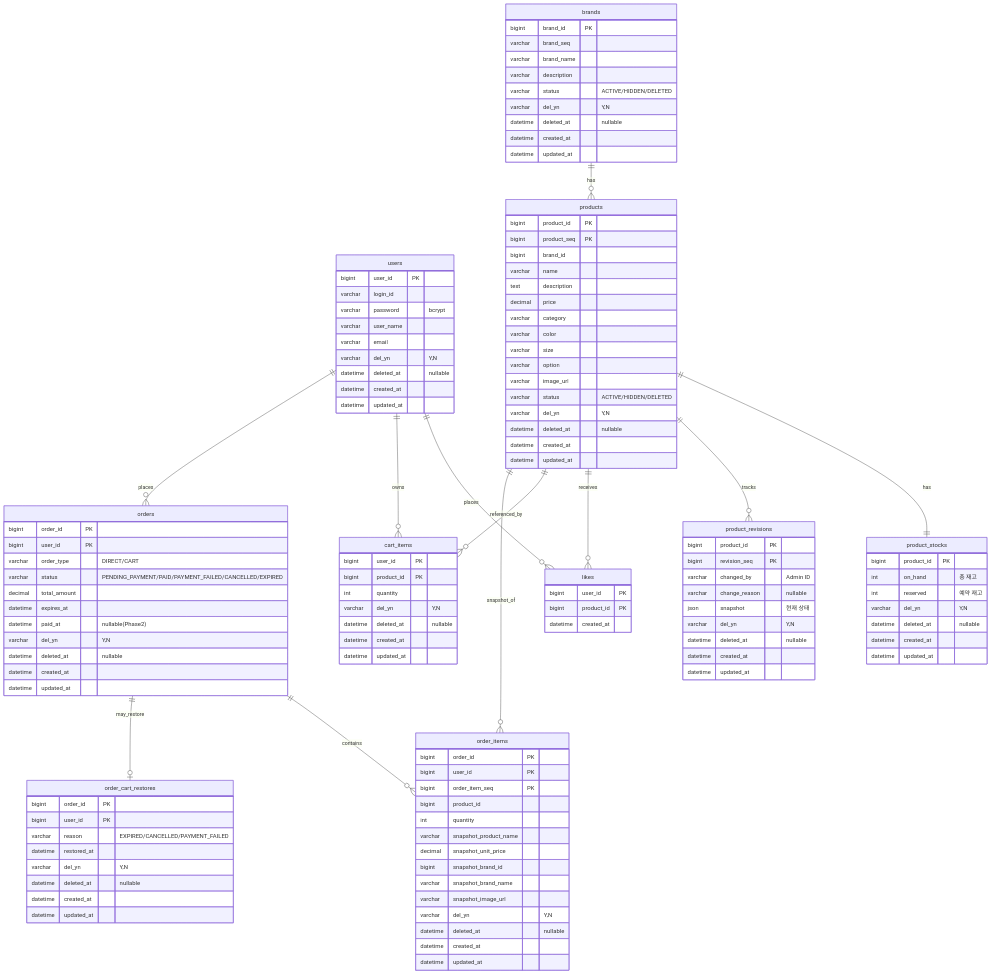
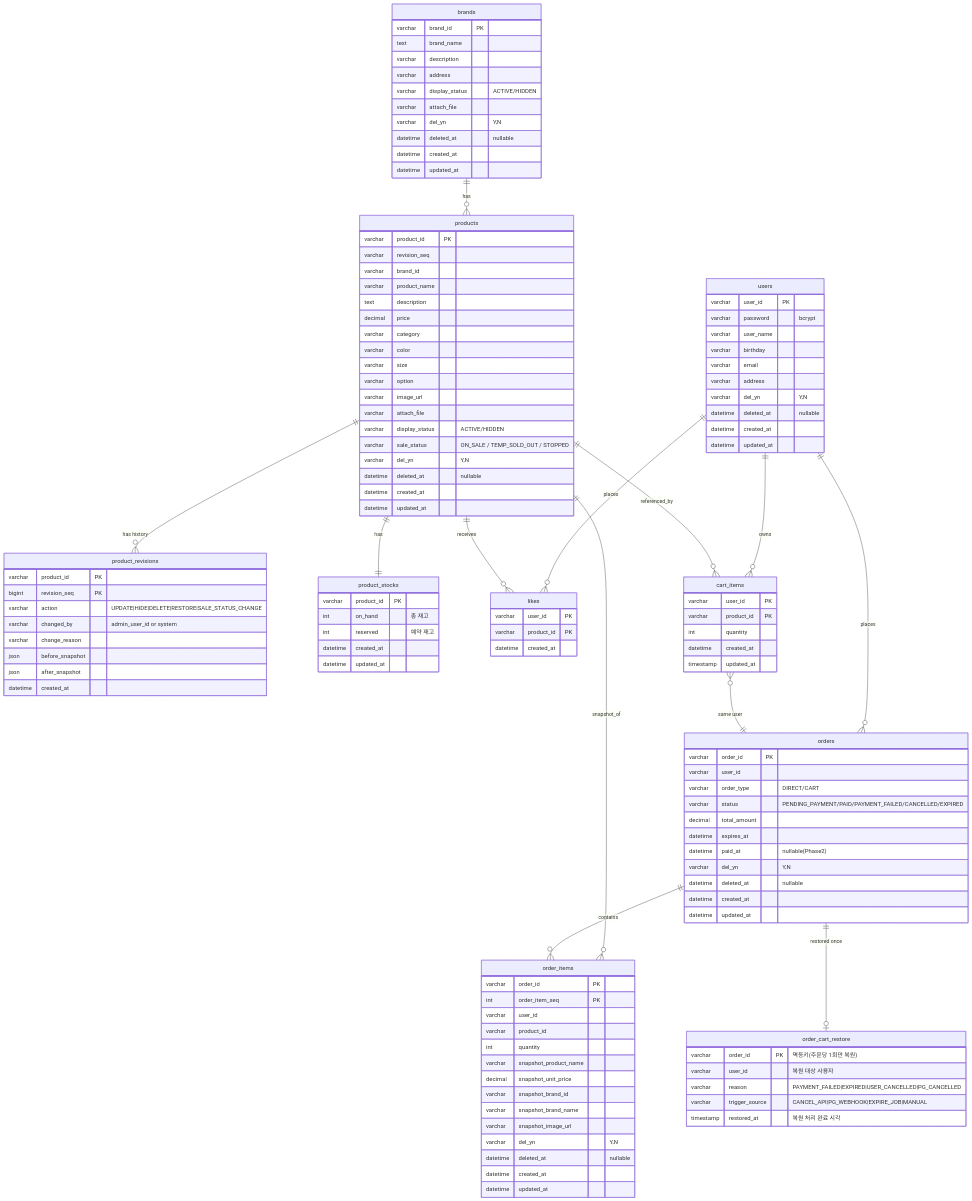
Before and after one commit to Loopers-dev-lab/loop-pack-be-l2-vol3-java: the diagram in docs/design/04-erd.md, drawn with Mermaid. The commit also changed 3 other files, not shown here.

````diff
--- a/docs/design/04-erd.md
+++ b/docs/design/04-erd.md
@@ -6,12 +6,13 @@
 ```mermaid
 
 erDiagram
-    users {
-        bigint user_id PK
-        varchar login_id
+    users { 
+        varchar user_id PK
         varchar password "bcrypt"
         varchar user_name
+        varchar birthday
         varchar email
+        varchar address
         varchar del_yn "Y,N"
         datetime deleted_at "nullable"
         datetime created_at
@@ -19,11 +20,12 @@
     }
 
     brands {
-        bigint brand_id PK
-        varchar brand_seq
-        varchar brand_name
+        varchar brand_id PK
+        text brand_name
         varchar description
-        varchar status "ACTIVE/HIDDEN/DELETED"
+        varchar address
+        varchar display_status "ACTIVE/HIDDEN"
+        varchar attach_file
         varchar del_yn "Y,N"
         datetime deleted_at "nullable"
         datetime created_at
@@ -31,10 +33,10 @@
     }
 
     products {
-        bigint product_id PK
-        bigint product_seq PK
-        bigint brand_id
-        varchar name
+        varchar product_id PK
+        varchar revision_seq
+        varchar brand_id
+        varchar product_name
         text description
         decimal price
         varchar category
@@ -42,54 +44,51 @@
         varchar size
         varchar option
         varchar image_url
-        varchar status "ACTIVE/HIDDEN/DELETED"
+        varchar attach_file
+        varchar display_status "ACTIVE/HIDDEN"
+        varchar sale_status "ON_SALE / TEMP_SOLD_OUT / STOPPED"
         varchar del_yn "Y,N"
         datetime deleted_at "nullable"
         datetime created_at
         datetime updated_at
     }
-
+    
+    product_revisions {
+        varchar   product_id PK
+        bigint    revision_seq PK  
+        varchar   action      "UPDATE|HIDE|DELETE|RESTORE|SALE_STATUS_CHANGE"
+        varchar   changed_by  "admin_user_id or system"
+        varchar   change_reason
+        json      before_snapshot
+        json      after_snapshot
+        datetime created_at
+    }
+        
     product_stocks {
-        bigint product_id PK
+        varchar product_id PK
         int on_hand "총 재고"
         int reserved "예약 재고"
-        varchar del_yn "Y,N"
-        datetime deleted_at "nullable"
-        datetime created_at
-        datetime updated_at
-    }
-
-    product_revisions {
-        bigint product_id PK
-        bigint revision_seq PK
-        varchar changed_by "Admin ID"
-        varchar change_reason "nullable"
-        json snapshot "현재 상태"
-        varchar del_yn "Y,N"
-        datetime deleted_at "nullable"
         datetime created_at
         datetime updated_at
     }
 
     likes {
-        bigint user_id PK
-        bigint product_id PK
+        varchar user_id PK
+        varchar product_id PK
         datetime created_at
     }
 
     cart_items {
-        bigint user_id PK
-        bigint product_id PK
+        varchar user_id PK
+        varchar product_id PK
         int quantity
-        varchar del_yn "Y,N"
-        datetime deleted_at "nullable"
         datetime created_at
-        datetime updated_at
+        timestamp updated_at
     }
 
     orders {
-        bigint order_id PK
-        bigint user_id PK
+        varchar order_id PK
+        varchar user_id 
         varchar order_type "DIRECT/CART"
         varchar status "PENDING_PAYMENT/PAID/PAYMENT_FAILED/CANCELLED/EXPIRED"
         decimal total_amount
@@ -102,14 +101,14 @@
     }
 
     order_items {
-        bigint order_id PK
-        bigint user_id PK
-        bigint order_item_seq PK
-        bigint product_id
+        varchar order_id PK
+        int order_item_seq PK
+        varchar user_id
+        varchar product_id
         int quantity
         varchar snapshot_product_name
         decimal snapshot_unit_price
-        bigint snapshot_brand_id
+        varchar snapshot_brand_id
         varchar snapshot_brand_name
         varchar snapshot_image_url
         varchar del_yn "Y,N"
@@ -117,16 +116,14 @@
         datetime created_at
         datetime updated_at
     }
-
-    order_cart_restores {
-        bigint order_id PK
-        bigint user_id PK
-        varchar reason "EXPIRED/CANCELLED/PAYMENT_FAILED"
-        datetime restored_at
-        varchar del_yn "Y,N"
-        datetime deleted_at "nullable"
-        datetime created_at
-        datetime updated_at
+    
+    
+    order_cart_restore {
+        varchar   order_id PK          "멱등키(주문당 1회만 복원)"
+        varchar   user_id              "복원 대상 사용자"
+        varchar   reason               "PAYMENT_FAILED|EXPIRED|USER_CANCELLED|PG_CANCELLED"
+        varchar   trigger_source       "CANCEL_API|PG_WEBHOOK|EXPIRE_JOB|MANUAL"
+        timestamp restored_at          "복원 처리 완료 시각"
     }
 
     users ||--o{ likes : "places"
@@ -134,10 +131,11 @@
     users ||--o{ orders : "places"
     brands ||--o{ products : "has"
     products ||--|| product_stocks : "has"
-    products ||--o{ product_revisions : "tracks"
     products ||--o{ likes : "receives"
     products ||--o{ cart_items : "referenced_by"
     products ||--o{ order_items : "snapshot_of"
     orders ||--o{ order_items : "contains"
-    orders ||--o| order_cart_restores : "may_restore"
+    orders ||--o| order_cart_restore : "restored once"
+    cart_items }o--|| orders : "same user"
+    products ||--o{ product_revisions : "has history"
 ```
````
